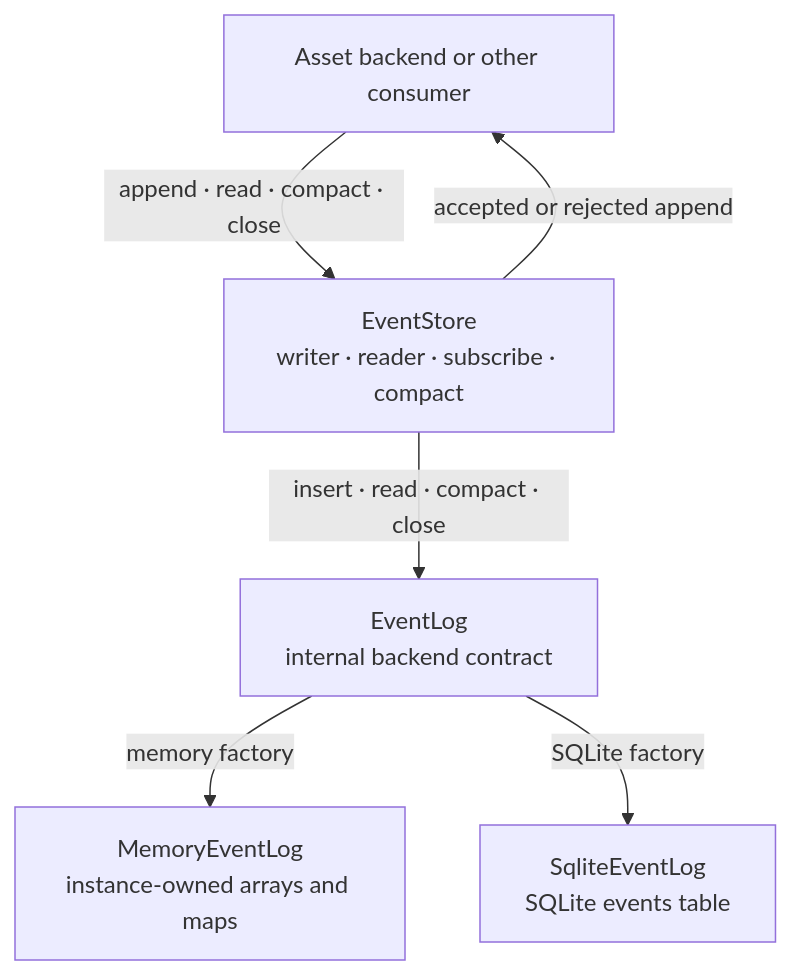
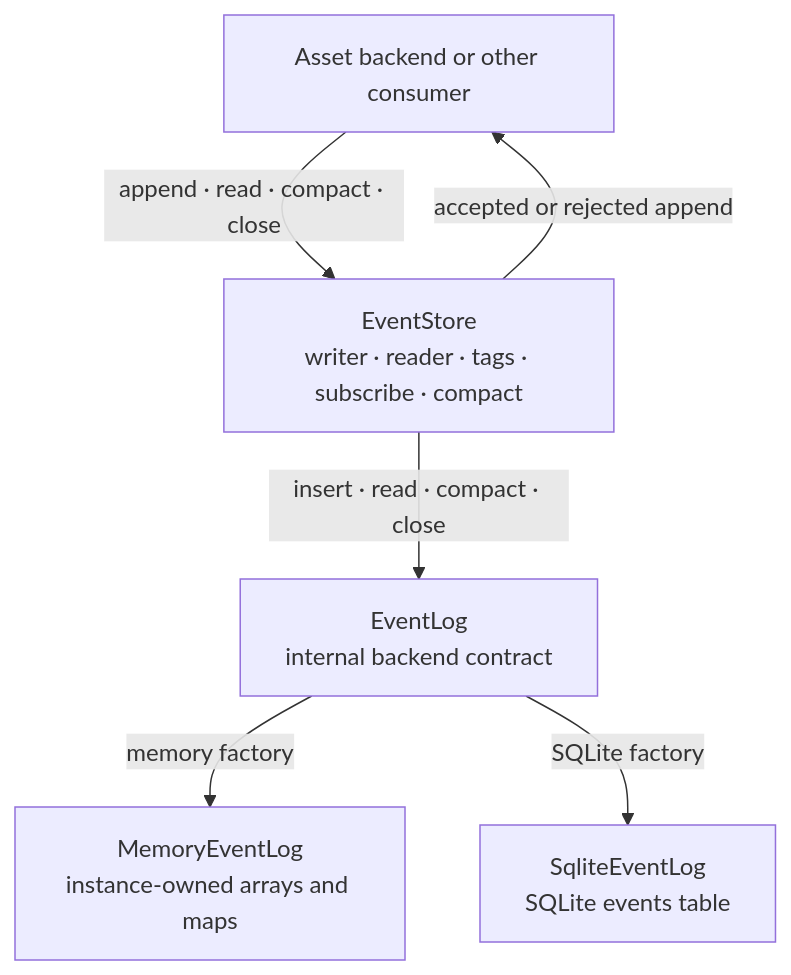
The first of 4 diagrams in packages/event-store/ARCHITECTURE.md (JollyPixel/editor), drawn with Mermaid before and after one commit. The commit also changed other lines of this file and 102 other files, not shown here.

````diff
--- a/packages/event-store/ARCHITECTURE.md
+++ b/packages/event-store/ARCHITECTURE.md
@@ -9,14 +9,14 @@
 ```mermaid
 flowchart TB
     Caller["Asset backend or other consumer"]
-    Store["EventStore<br/>writer · reader · subscribe · compact"]
+    Store["EventStore<br/>writer · reader · tags · subscribe · compact"]
     Log["EventLog<br/>internal backend contract"]
     Memory["MemoryEventLog<br/>instance-owned arrays and maps"]
     SQLite["SqliteEventLog<br/>SQLite events table"]
 
     Caller -->|"append · read · compact · close"| Store
     Store -->|"insert · read · compact · close"| Log
     Log -->|"memory factory"| Memory
     Log -->|"SQLite factory"| SQLite
     Store -->|"accepted or rejected append"| Caller
 ```
````
